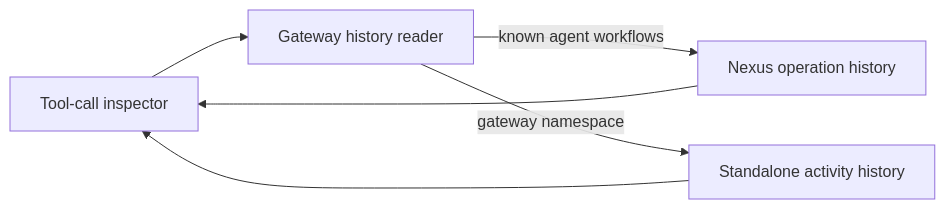
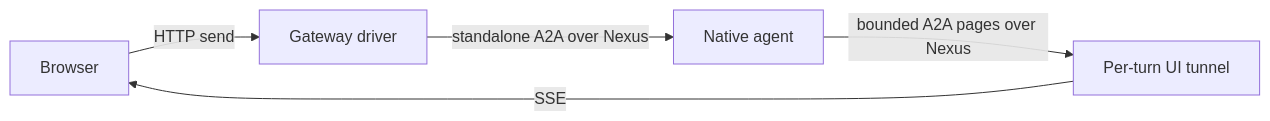
One commit to temporal-community/temporal-agent-harness changed the fourth of 6 diagrams in examples/nexus_hello/README.md. Above: the diagram before and after it, drawn with Mermaid. The commit also changed other lines of this file and 40 other files, not shown here.

````diff
--- a/examples/nexus_hello/README.md
+++ b/examples/nexus_hello/README.md
@@ -123,8 +183,7 @@
 ```mermaid
 flowchart LR
-    UI[Tool-call inspector] --> History[Gateway history reader]
-    History -->|known agent workflows| Native[Nexus operation history]
-    History -->|gateway namespace| External[Standalone activity history]
-    Native --> UI
-    External --> UI
+    Browser[Browser] -->|HTTP send| Gateway[Gateway driver]
+    Gateway -->|standalone A2A over Nexus| Agent[Native agent]
+    Agent -->|bounded A2A pages over Nexus| Tunnel[Per-turn UI tunnel]
+    Tunnel -->|SSE| Browser
 ```
````
